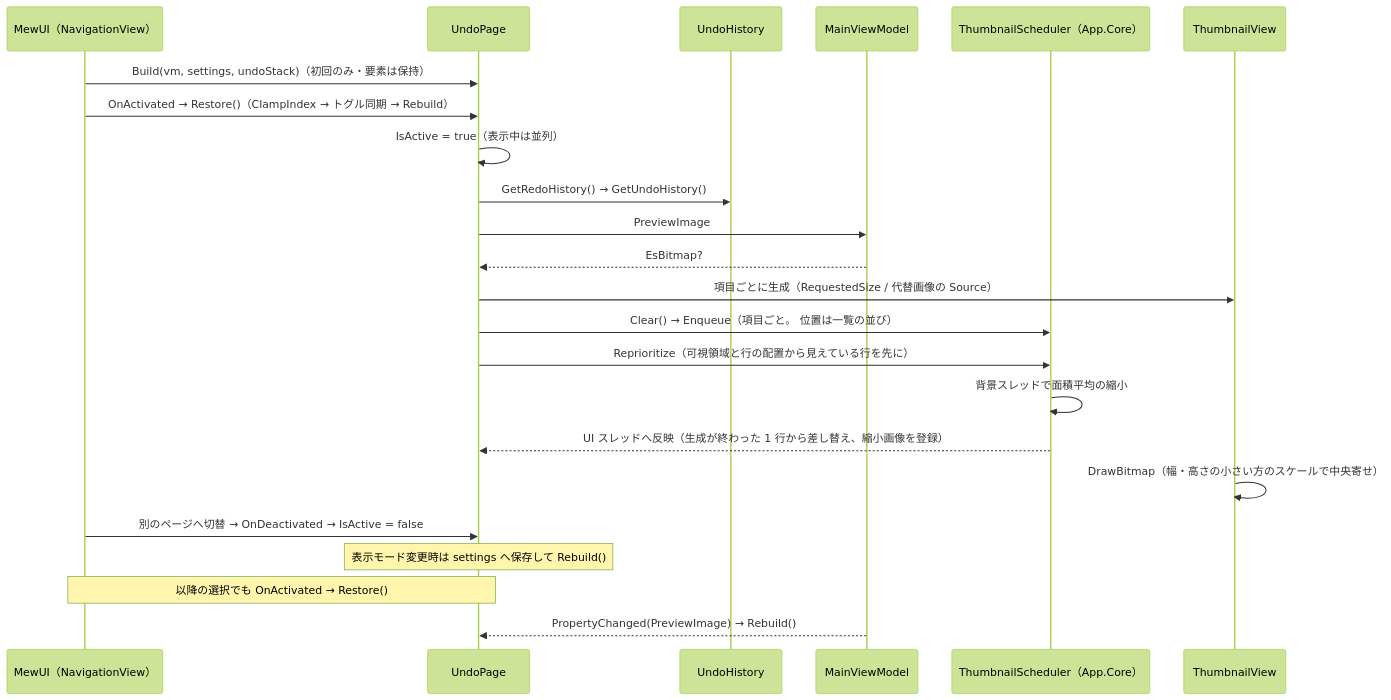
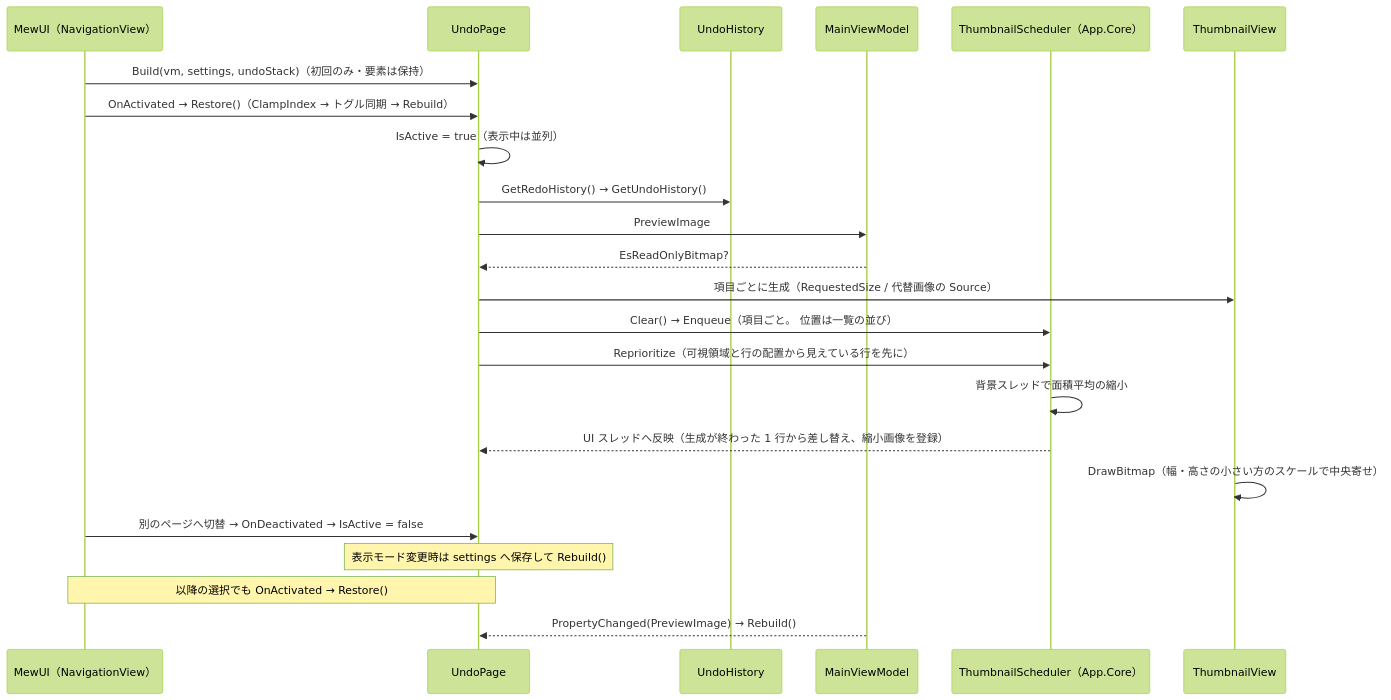
One commit to tomokuni/SaveEvidence changed the ninth of 12 diagrams in src/App.MewUI/docs/SPEC_System.md. Above: the diagram before and after it, drawn with Mermaid (forest theme). The commit also changed other lines of this file and 21 other files, not shown here.

````diff
--- a/src/App.MewUI/docs/SPEC_System.md
+++ b/src/App.MewUI/docs/SPEC_System.md
@@ -520,26 +520,26 @@
 ```mermaid
 sequenceDiagram
     participant MW as MewUI（NavigationView）
     participant UP as UndoPage
     participant US as UndoHistory
     participant VM as MainViewModel
     participant TS as ThumbnailScheduler（App.Core）
     participant TV as ThumbnailView
 
     MW->>UP: Build(vm, settings, undoStack)（初回のみ・要素は保持）
     MW->>UP: OnActivated → Restore()（ClampIndex → トグル同期 → Rebuild）
     UP->>UP: IsActive = true（表示中は並列）
     UP->>US: GetRedoHistory() → GetUndoHistory()
     UP->>VM: PreviewImage
-    VM-->>UP: EsBitmap?
+    VM-->>UP: EsReadOnlyBitmap?
     UP->>TV: 項目ごとに生成（RequestedSize / 代替画像の Source）
     UP->>TS: Clear() → Enqueue（項目ごと。 位置は一覧の並び）
     UP->>TS: Reprioritize（可視領域と行の配置から見えている行を先に）
     TS->>TS: 背景スレッドで面積平均の縮小
     TS-->>UP: UI スレッドへ反映（生成が終わった 1 行から差し替え、縮小画像を登録）
     TV->>TV: DrawBitmap（幅・高さの小さい方のスケールで中央寄せ）
     MW->>UP: 別のページへ切替 → OnDeactivated → IsActive = false
     Note over UP: 表示モード変更時は settings へ保存して Rebuild()
     Note over MW,UP: 以降の選択でも OnActivated → Restore()
     VM-->>UP: PropertyChanged(PreviewImage) → Rebuild()
 ```
````
